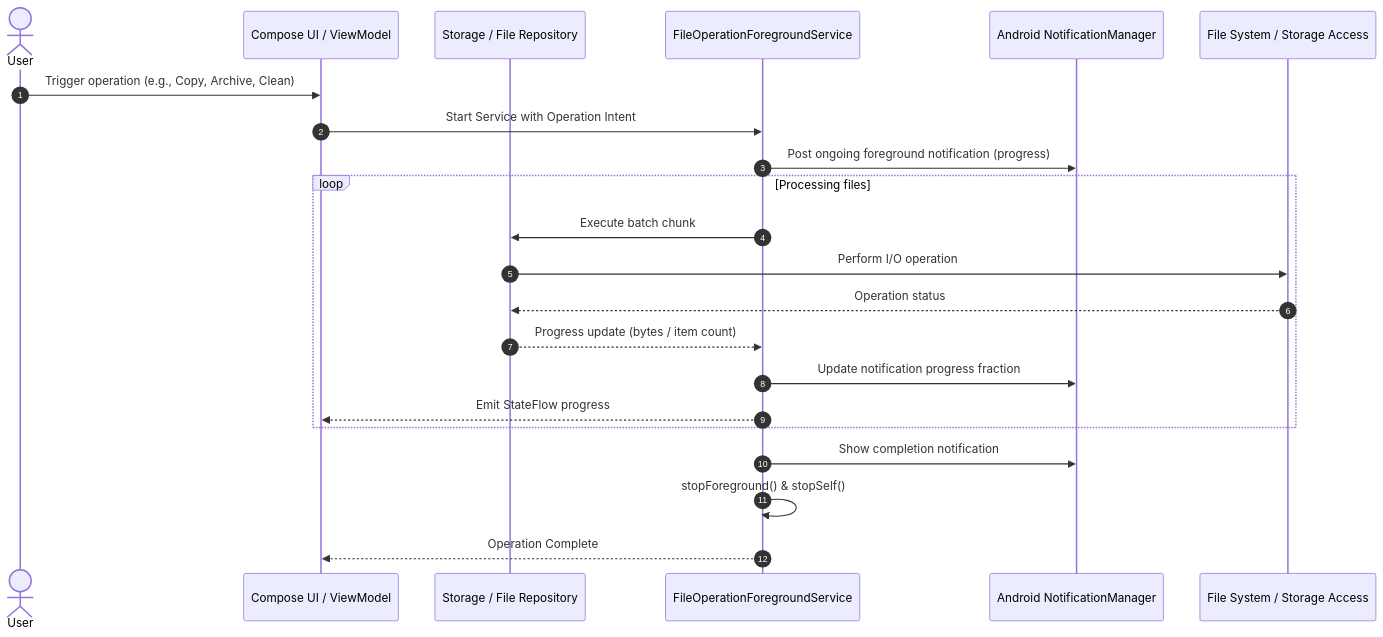
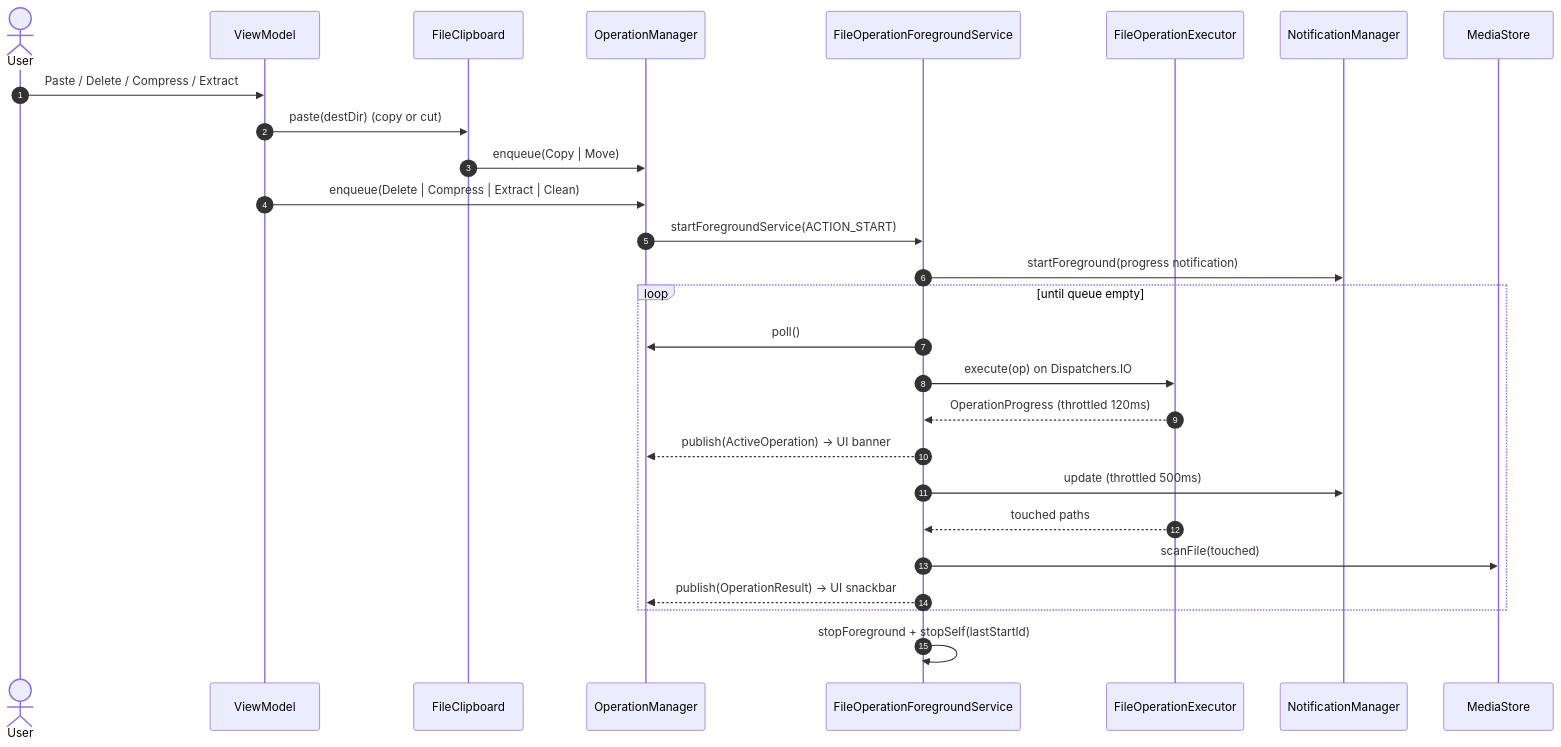
The second of 3 diagrams in development/docs/ARCHITECTURE.md (aiyu-ayaan/Findex), drawn with Mermaid before and after one commit. The commit also changed other lines of this file and 24 other files, not shown here.

````diff
--- a/development/docs/ARCHITECTURE.md
+++ b/development/docs/ARCHITECTURE.md
@@ -61,25 +75,30 @@
 ```mermaid
 sequenceDiagram
     autonumber
     actor User
-    participant UI as Compose UI / ViewModel
-    participant Repo as Storage / File Repository
+    participant VM as ViewModel
+    participant Clip as FileClipboard
+    participant Mgr as OperationManager
     participant FGS as FileOperationForegroundService
-    participant Notif as Android NotificationManager
-    participant FS as File System / Storage Access
+    participant Exec as FileOperationExecutor
+    participant Notif as NotificationManager
+    participant MS as MediaStore
 
-    User->>UI: Trigger operation (e.g., Copy, Archive, Clean)
-    UI->>FGS: Start Service with Operation Intent
-    FGS->>Notif: Post ongoing foreground notification (progress)
-    loop Processing files
-        FGS->>Repo: Execute batch chunk
-        Repo->>FS: Perform I/O operation
-        FS-->>Repo: Operation status
-        Repo-->>FGS: Progress update (bytes / item count)
-        FGS->>Notif: Update notification progress fraction
-        FGS-->>UI: Emit StateFlow progress
+    User->>VM: Paste / Delete / Compress / Extract
+    VM->>Clip: paste(destDir) (copy or cut)
+    Clip->>Mgr: enqueue(Copy | Move)
+    VM->>Mgr: enqueue(Delete | Compress | Extract | Clean)
+    Mgr->>FGS: startForegroundService(ACTION_START)
+    FGS->>Notif: startForeground(progress notification)
+    loop until queue empty
+        FGS->>Mgr: poll()
+        FGS->>Exec: execute(op) on Dispatchers.IO
+        Exec-->>FGS: OperationProgress (throttled 120ms)
+        FGS-->>Mgr: publish(ActiveOperation) → UI banner
+        FGS->>Notif: update (throttled 500ms)
+        Exec-->>FGS: touched paths
+        FGS->>MS: scanFile(touched)
+        FGS-->>Mgr: publish(OperationResult) → UI snackbar
     end
-    FGS->>Notif: Show completion notification
-    FGS->>FGS: stopForeground() & stopSelf()
-    FGS-->>UI: Operation Complete
+    FGS->>FGS: stopForeground + stopSelf(lastStartId)
 ```
````
